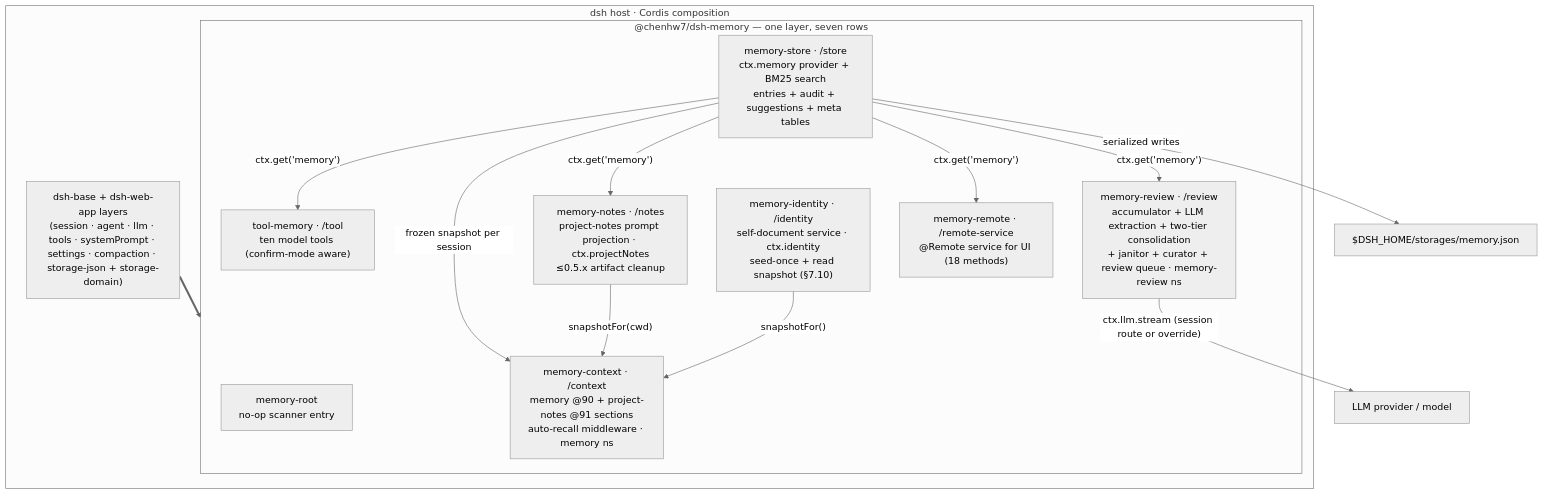
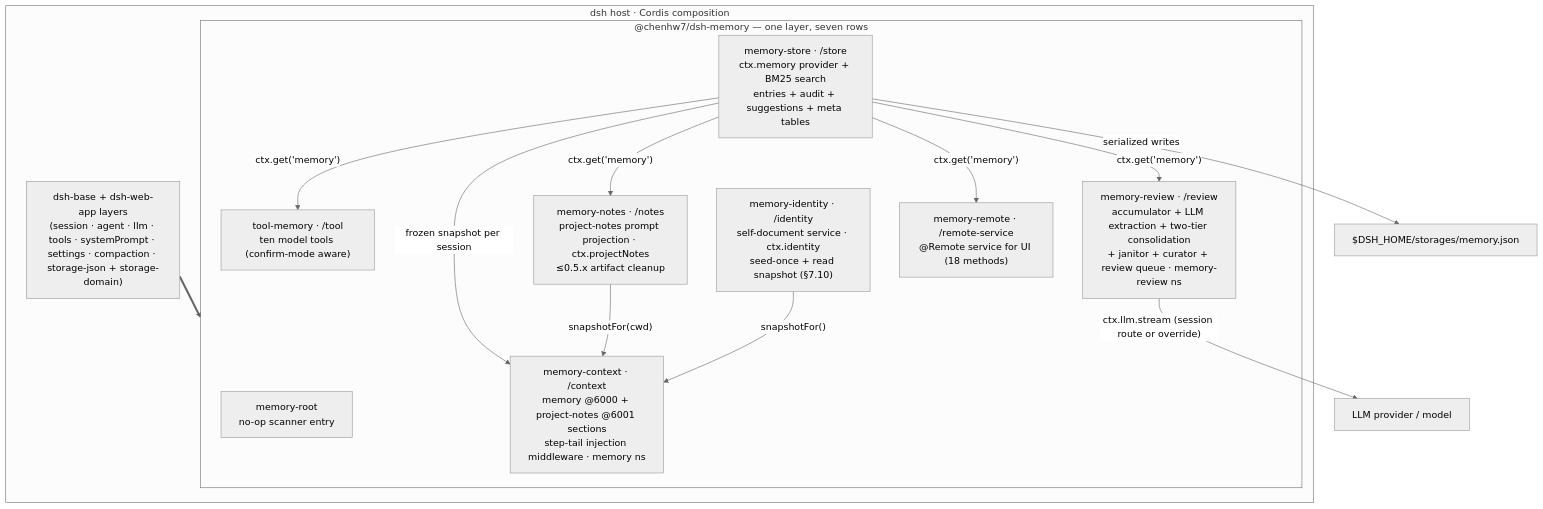
Before and after one commit to chenhw7/dsh-memory: the first of 3 diagrams in docs/TECH_DESIGN.md, drawn with Mermaid (neutral theme). The commit also changed other lines of this file and 37 other files, not shown here.

````diff
--- a/docs/TECH_DESIGN.md
+++ b/docs/TECH_DESIGN.md
@@ -103,26 +103,26 @@
 ```mermaid
 flowchart TB
   subgraph host["dsh host · Cordis composition"]
     base["dsh-base + dsh-web-app layers<br/>(session · agent · llm · tools · systemPrompt · settings · compaction · storage-json + storage-domain)"]
     subgraph bundle["@chenhw7/dsh-memory — one layer, seven rows"]
       root["memory-root<br/>no-op scanner entry"]
       store["memory-store · /store<br/>ctx.memory provider + BM25 search<br/>entries + audit + suggestions + meta tables"]
       tool["tool-memory · /tool<br/>ten model tools (confirm-mode aware)"]
       review["memory-review · /review<br/>accumulator + LLM extraction + two-tier consolidation<br/>+ janitor + curator + review queue · memory-review ns"]
       notes["memory-notes · /notes<br/>project-notes prompt projection · ctx.projectNotes<br/>≤0.5.x artifact cleanup"]
       identity["memory-identity · /identity<br/>self-document service · ctx.identity<br/>seed-once + read snapshot (§7.10)"]
-      context["memory-context · /context<br/>memory @90 + project-notes @91 sections<br/>auto-recall middleware · memory ns"]
+      context["memory-context · /context<br/>memory @6000 + project-notes @6001 sections<br/>step-tail injection middleware · memory ns"]
       remote["memory-remote · /remote-service<br/>@Remote service for UI (18 methods)"]
     end
   end
   base ==> bundle
   store -- "ctx.get('memory')" --> tool
   store -- "ctx.get('memory')" --> review
   store -- "frozen snapshot per session" --> context
   store -- "ctx.get('memory')" --> notes
   store -- "ctx.get('memory')" --> remote
   review -- "ctx.llm.stream (session route or override)" --> llm["LLM provider / model"]
   notes -- "snapshotFor(cwd)" --> context
   identity -- "snapshotFor()" --> context
   store -- "serialized writes" --> json["$DSH_HOME/storages/memory.json"]
 ```
````
